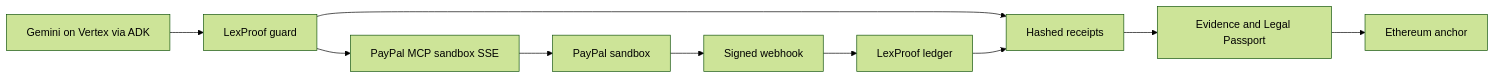
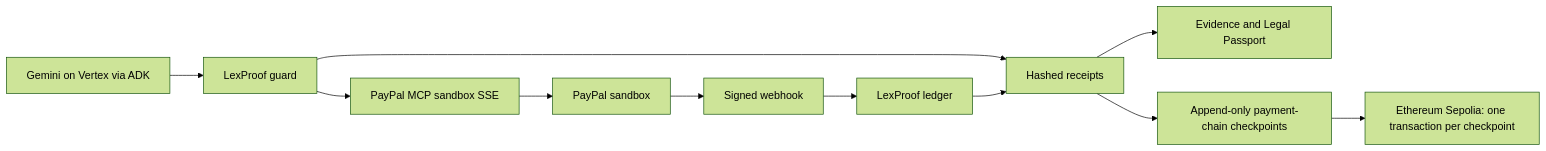
Before and after one commit to pgskannan/LexProof: the second of 2 diagrams in README.md, drawn with Mermaid (forest theme). The commit also changed other lines of this file and 15 other files, not shown here.

Commit message:
feat(paypal): append-only receipt chain checkpoints anchored on Sepolia

````diff
--- a/README.md
+++ b/README.md
@@ -149,12 +149,13 @@
 ```mermaid
 flowchart LR
   Gemini["Gemini on Vertex via ADK"] --> Guard["LexProof guard"]
   Guard --> MCP["PayPal MCP sandbox SSE"]
   MCP --> PayPal["PayPal sandbox"]
   PayPal --> Webhook["Signed webhook"]
   Webhook --> Ledger["LexProof ledger"]
   Guard --> Receipts["Hashed receipts"]
   Ledger --> Receipts
   Receipts --> Evidence["Evidence and Legal Passport"]
-  Evidence --> Anchor["Ethereum anchor"]
+  Receipts --> Checkpoints["Append-only payment-chain checkpoints"]
+  Checkpoints --> Anchor["Ethereum Sepolia: one transaction per checkpoint"]
 ```
````
